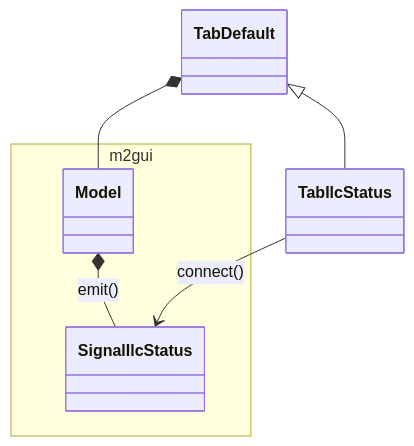
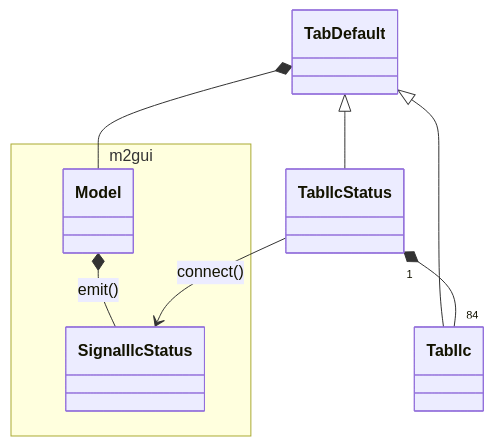
One commit to lsst-ts/ts_m2gui changed the diagram in doc/uml/controltab/class_tab_ilc_status.mmd. Above: the diagram before and after it, drawn with Mermaid. The commit also changed 2 other files, not shown here.

Commit message:
Update the class diagram.

```diff
--- a/doc/uml/controltab/class_tab_ilc_status.mmd
+++ b/doc/uml/controltab/class_tab_ilc_status.mmd
@@ -1,12 +1,15 @@
 classDiagram
 namespace m2gui {
   class Model
   class SignalIlcStatus
 }
 
 Model *-- SignalIlcStatus : emit()
 
 TabDefault *-- Model
+TabDefault <|-- TabIlc
 TabDefault <|-- TabIlcStatus
 
+TabIlcStatus "1" *-- "84" TabIlc
+
 TabIlcStatus --> SignalIlcStatus : connect()
```
